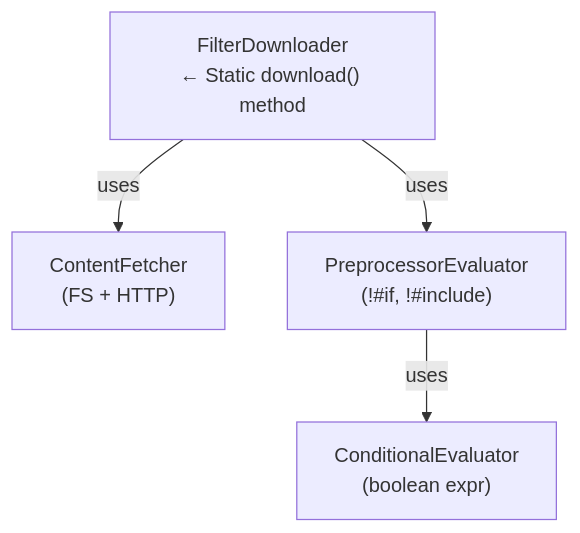
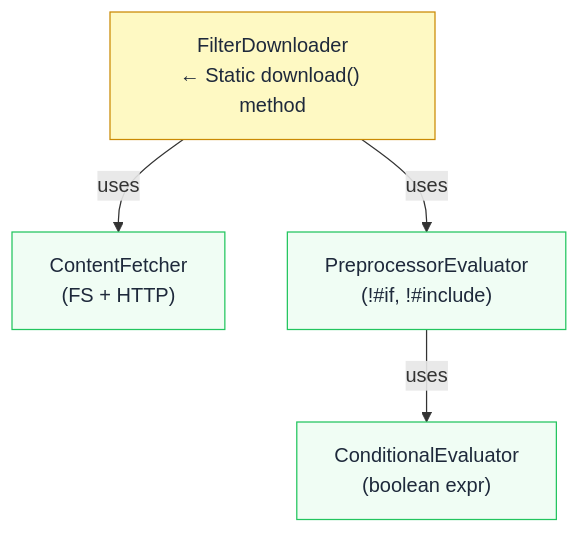
One commit to jaypatrick/adblock-compiler changed the seventh of 19 diagrams in docs/development/ARCHITECTURE.md. Above: the diagram before and after it, drawn with Mermaid. The commit also changed other lines of this file, not shown here.

First line of the commit message:
docs: refresh ARCHITECTURE.md with current architecture, full diagram coverage, and color coding (#1100)

````diff
--- a/docs/development/ARCHITECTURE.md
+++ b/docs/development/ARCHITECTURE.md
@@ -230,7 +286,9 @@
 ```mermaid
 flowchart TD
-    FD["FilterDownloader\n← Static download() method"]
-    FD -->|uses| CF["ContentFetcher\n(FS + HTTP)"]
-    FD -->|uses| PE["PreprocessorEvaluator\n(!#if, !#include)"]
-    PE -->|uses| CE["ConditionalEvaluator\n(boolean expr)"]
+    classDef core fill:#fef9c3,stroke:#ca8a04,color:#1e293b
+    classDef module fill:#f0fdf4,stroke:#22c55e,color:#1e293b
+    FD["FilterDownloader\n← Static download() method"]:::core
+    FD -->|uses| CF["ContentFetcher\n(FS + HTTP)"]:::module
+    FD -->|uses| PE["PreprocessorEvaluator\n(!#if, !#include)"]:::module
+    PE -->|uses| CE["ConditionalEvaluator\n(boolean expr)"]:::module
 ```
````
